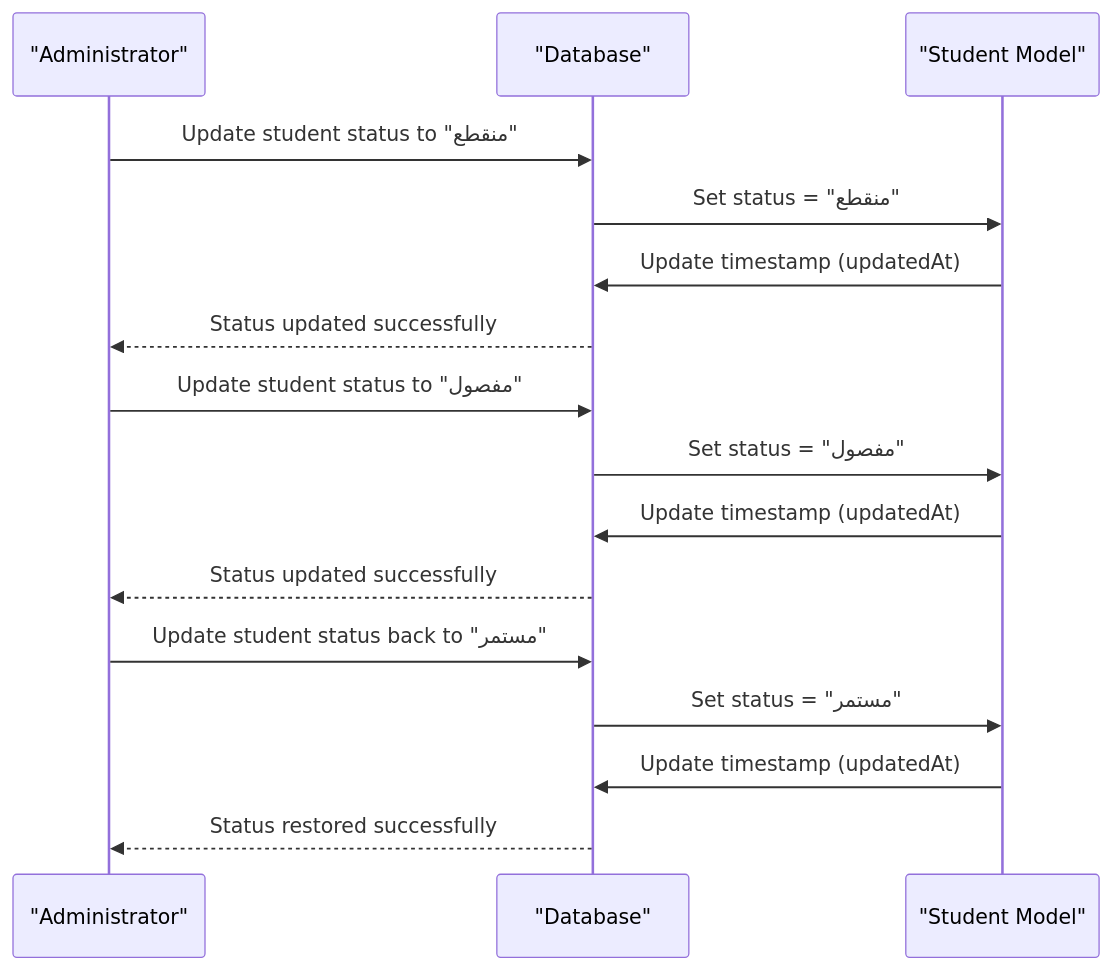
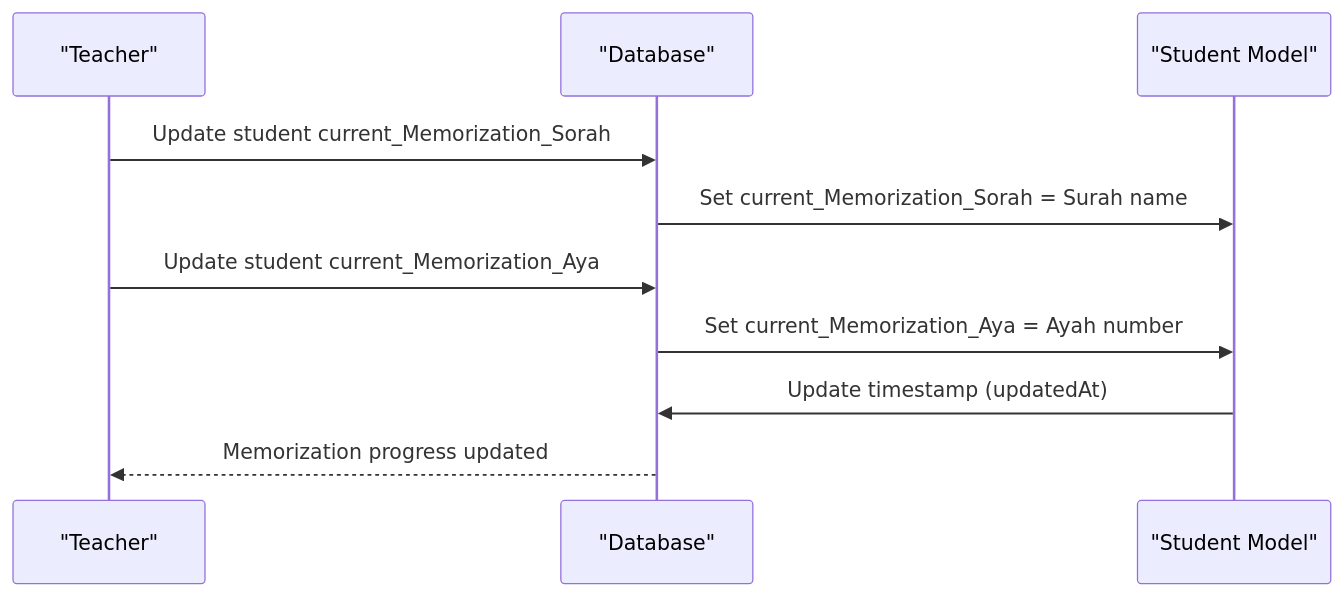
The fifth of 8 diagrams in .qoder/repowiki/en/content/Database Design/Student Model.md (Mreng78/khirocom_project), drawn with Mermaid before and after one commit. The commit also changed other lines of this file and 17 other files, not shown here.

````diff
--- a/.qoder/repowiki/en/content/Database Design/Student Model.md
+++ b/.qoder/repowiki/en/content/Database Design/Student Model.md
@@ -238,18 +241,12 @@
 ```mermaid
 sequenceDiagram
-participant Admin as "Administrator"
+participant Teacher as "Teacher"
 participant DB as "Database"
 participant Student as "Student Model"
-Admin->>DB : Update student status to "منقطع"
-DB->>Student : Set status = "منقطع"
+Teacher->>DB : Update student current_Memorization_Sorah
+DB->>Student : Set current_Memorization_Sorah = Surah name
+Teacher->>DB : Update student current_Memorization_Aya
+DB->>Student : Set current_Memorization_Aya = Ayah number
 Student->>DB : Update timestamp (updatedAt)
-DB-->>Admin : Status updated successfully
-Admin->>DB : Update student status to "مفصول"
-DB->>Student : Set status = "مفصول"
-Student->>DB : Update timestamp (updatedAt)
-DB-->>Admin : Status updated successfully
-Admin->>DB : Update student status back to "مستمر"
-DB->>Student : Set status = "مستمر"
-Student->>DB : Update timestamp (updatedAt)
-DB-->>Admin : Status restored successfully
+DB-->>Teacher : Memorization progress updated
 ```
````
